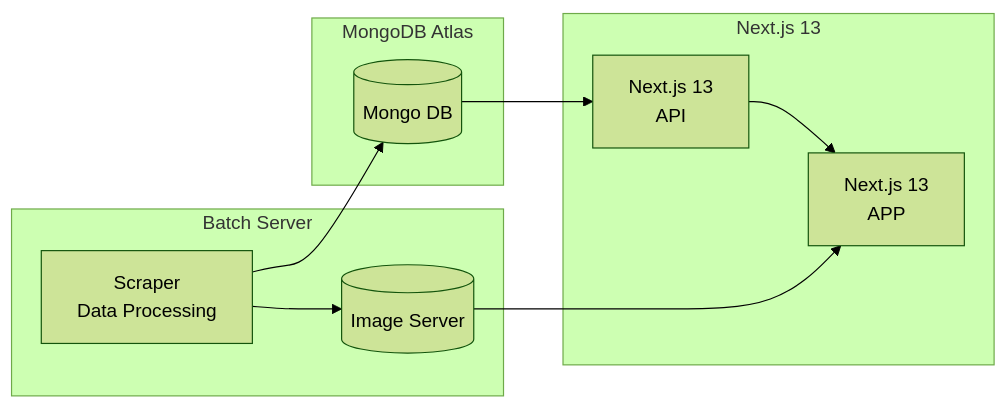
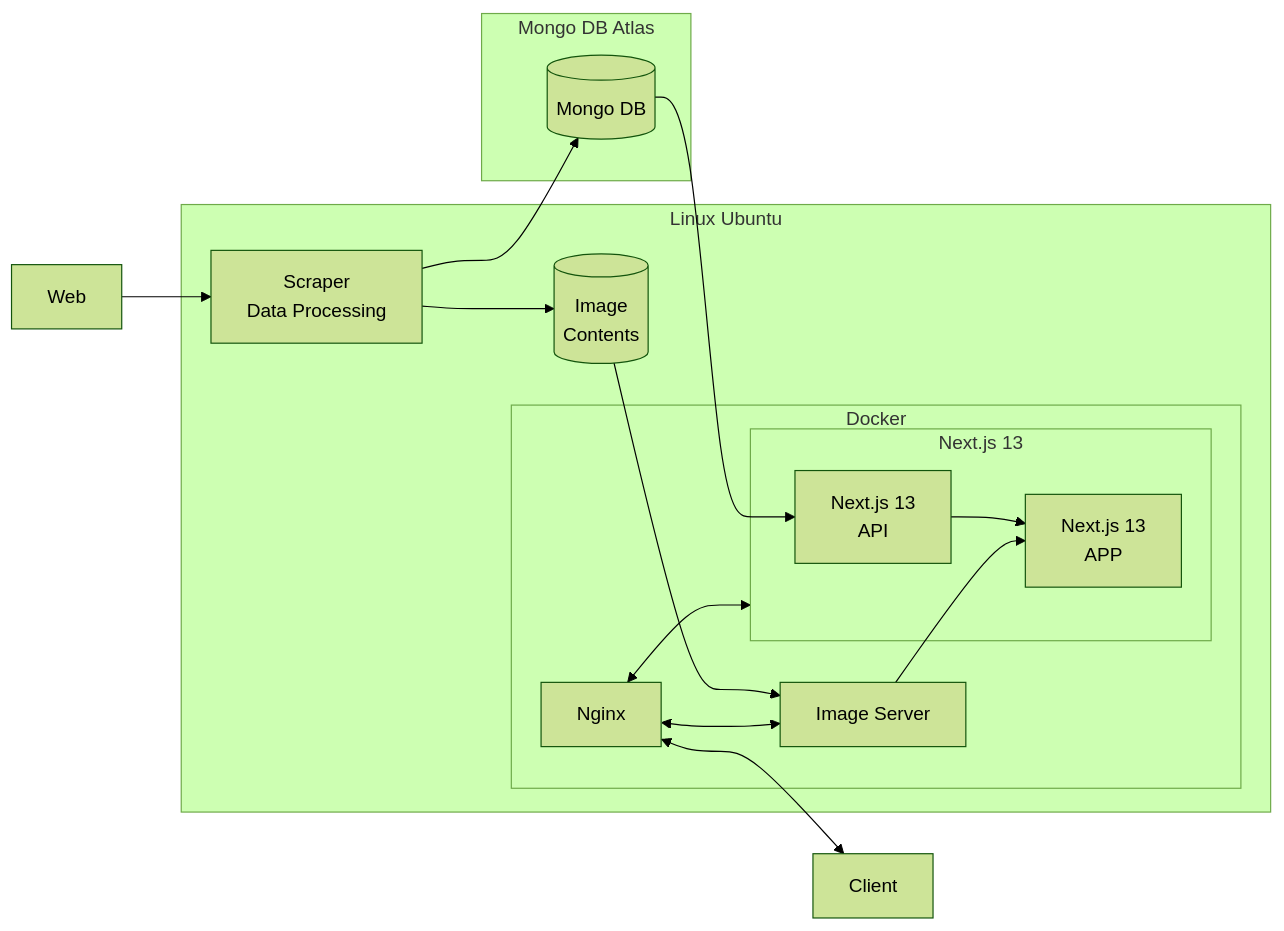
Before and after one commit to ucharles/gachatory: the diagram in README.md, drawn with Mermaid (forest theme). The commit also changed other lines of this file and 2 other files, not shown here.

Commit message:
readme의 구조도 수정
- 그 외 문서 추가 및 수정

````diff
--- a/README.md
+++ b/README.md
@@ -25,19 +25,30 @@
 ```mermaid
 flowchart LR
-    subgraph ubuntu[Batch Server]
-        B[(Image Server)]
+    subgraph ubuntu[Linux Ubuntu]
+    subgraph docker[Docker]
+    subgraph next[Next.js 13]
+        E[Next.js 13\nAPP]
+        A[Next.js 13\nAPI]
+    end
+        B[Image Server]
+        G[Nginx]
+    end
         D[Scraper\nData Processing]
+        F[(Image\nContents)]
     end
-    subgraph next[Next.js 13]
-        A[Next.js 13\nAPI]
-        E[Next.js 13\nAPP]
-    end
-    subgraph cloud[MongoDB Atlas]
+    subgraph cloud[Mongo DB Atlas]
         C[(Mongo DB)]
     end
+    H[Client]
+    I[Web]
 A --> E
 B --> E
 C --> A
 D --> C
-D --> B
+D --> F
+F --> B
+G <--> next
+G <--> B
+G <--> H
+I --> D
 ```
````
